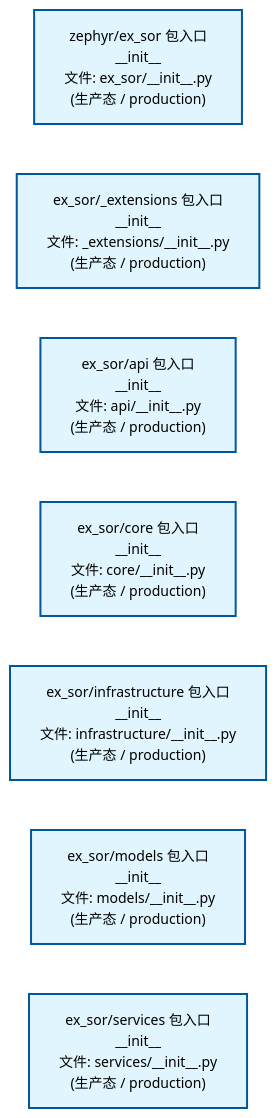
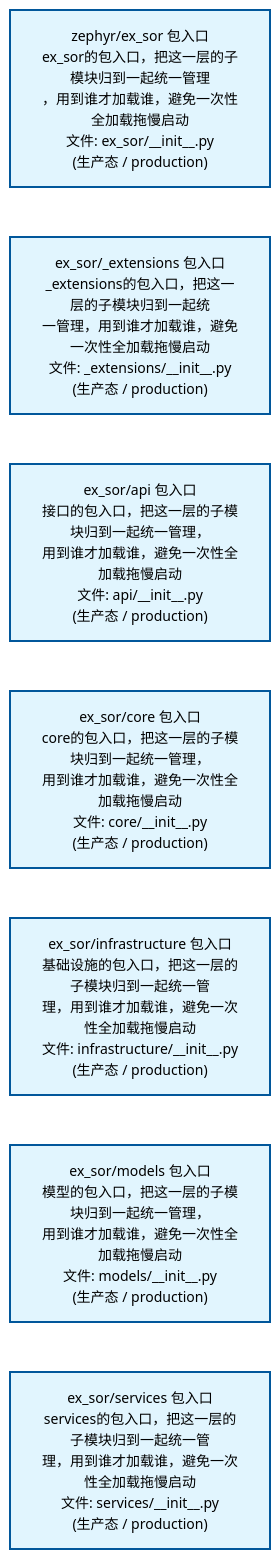
The second of 4 diagrams in docs/02_enterprise_architecture/02_domain_architecture_docs/45_d_ex_sor.md (xuanFelixVan/ZephyrAlpha), drawn with Mermaid before and after one commit. The commit also changed other lines of this file and 63 other files, not shown here.

````diff
--- a/docs/02_enterprise_architecture/02_domain_architecture_docs/45_d_ex_sor.md
+++ b/docs/02_enterprise_architecture/02_domain_architecture_docs/45_d_ex_sor.md
@@ -110,22 +111,22 @@
 ```mermaid
 %%{init: {'theme': 'base', 'themeVariables': {'primaryColor': '#eaeaea', 'primaryTextColor': '#333333', 'primaryBorderColor': '#666666', 'lineColor': '#666666', 'secondaryColor': '#eaeaea', 'tertiaryColor': '#eaeaea', 'fontSize': '14px'}}}%%
 flowchart TD
-    src_zephyr_ex_sor_init_py["zephyr/ex_sor 包入口<br/>__init__<br/>文件: ex_sor/__init__.py<br/>(生产态 / production)"]
-    src_zephyr_ex_sor_extensions_init_py["ex_sor/_extensions 包入口<br/>__init__<br/>文件: _extensions/__init__.py<br/>(生产态 / production)"]
-    src_zephyr_ex_sor_api_init_py["ex_sor/api 包入口<br/>__init__<br/>文件: api/__init__.py<br/>(生产态 / production)"]
-    src_zephyr_ex_sor_core_init_py["ex_sor/core 包入口<br/>__init__<br/>文件: core/__init__.py<br/>(生产态 / production)"]
-    src_zephyr_ex_sor_infrastructure_init_py["ex_sor/infrastructure 包入口<br/>__init__<br/>文件: infrastructure/__init__.py<br/>(生产态 / production)"]
-    src_zephyr_ex_sor_models_init_py["ex_sor/models 包入口<br/>__init__<br/>文件: models/__init__.py<br/>(生产态 / production)"]
-    src_zephyr_ex_sor_services_init_py["ex_sor/services 包入口<br/>__init__<br/>文件: services/__init__.py<br/>(生产态 / production)"]
+    src_zephyr_ex_sor_init_py["zephyr/ex_sor 包入口<br/>ex_sor的包入口，把这一层的子模块归到一起统一管理<br/>，用到谁才加载谁，避免一次性全加载拖慢启动<br/>文件: ex_sor/__init__.py<br/>(生产态 / production)"]
+    src_zephyr_ex_sor_extensions_init_py["ex_sor/_extensions 包入口<br/>_extensions的包入口，把这一层的子模块归到一起统<br/>一管理，用到谁才加载谁，避免一次性全加载拖慢启动<br/>文件: _extensions/__init__.py<br/>(生产态 / production)"]
+    src_zephyr_ex_sor_api_init_py["ex_sor/api 包入口<br/>接口的包入口，把这一层的子模块归到一起统一管理，<br/>用到谁才加载谁，避免一次性全加载拖慢启动<br/>文件: api/__init__.py<br/>(生产态 / production)"]
+    src_zephyr_ex_sor_core_init_py["ex_sor/core 包入口<br/>core的包入口，把这一层的子模块归到一起统一管理，<br/>用到谁才加载谁，避免一次性全加载拖慢启动<br/>文件: core/__init__.py<br/>(生产态 / production)"]
+    src_zephyr_ex_sor_infrastructure_init_py["ex_sor/infrastructure 包入口<br/>基础设施的包入口，把这一层的子模块归到一起统一管<br/>理，用到谁才加载谁，避免一次性全加载拖慢启动<br/>文件: infrastructure/__init__.py<br/>(生产态 / production)"]
+    src_zephyr_ex_sor_models_init_py["ex_sor/models 包入口<br/>模型的包入口，把这一层的子模块归到一起统一管理，<br/>用到谁才加载谁，避免一次性全加载拖慢启动<br/>文件: models/__init__.py<br/>(生产态 / production)"]
+    src_zephyr_ex_sor_services_init_py["ex_sor/services 包入口<br/>services的包入口，把这一层的子模块归到一起统一管<br/>理，用到谁才加载谁，避免一次性全加载拖慢启动<br/>文件: services/__init__.py<br/>(生产态 / production)"]
     src_zephyr_ex_sor_init_py ~~~ src_zephyr_ex_sor_extensions_init_py
     src_zephyr_ex_sor_extensions_init_py ~~~ src_zephyr_ex_sor_api_init_py
     src_zephyr_ex_sor_api_init_py ~~~ src_zephyr_ex_sor_core_init_py
     src_zephyr_ex_sor_core_init_py ~~~ src_zephyr_ex_sor_infrastructure_init_py
     src_zephyr_ex_sor_infrastructure_init_py ~~~ src_zephyr_ex_sor_models_init_py
     src_zephyr_ex_sor_models_init_py ~~~ src_zephyr_ex_sor_services_init_py
     classDef production fill:#e1f5fe,stroke:#01579b,stroke-width:2px,color:#000
     classDef design fill:#fff3e0,stroke:#e65100,stroke-width:2px,color:#000,stroke-dasharray: 5 5
     classDef external_prod fill:#e8f4fd,stroke:#0277bd,stroke-width:1px,color:#000
     classDef external_design fill:#fff8e7,stroke:#ef6c00,stroke-width:1px,color:#000,stroke-dasharray: 5 5
     class src_zephyr_ex_sor_init_py,src_zephyr_ex_sor_extensions_init_py,src_zephyr_ex_sor_api_init_py,src_zephyr_ex_sor_core_init_py,src_zephyr_ex_sor_infrastructure_init_py,src_zephyr_ex_sor_models_init_py,src_zephyr_ex_sor_services_init_py production
 ```
````
